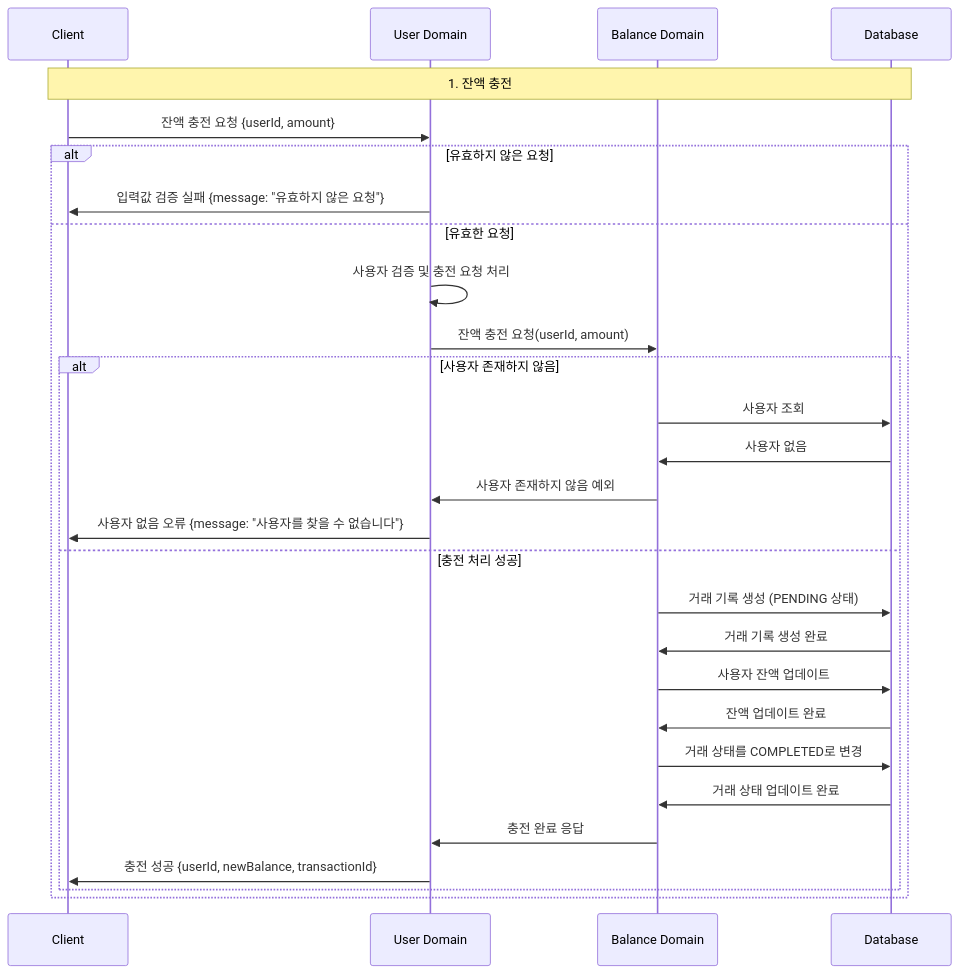
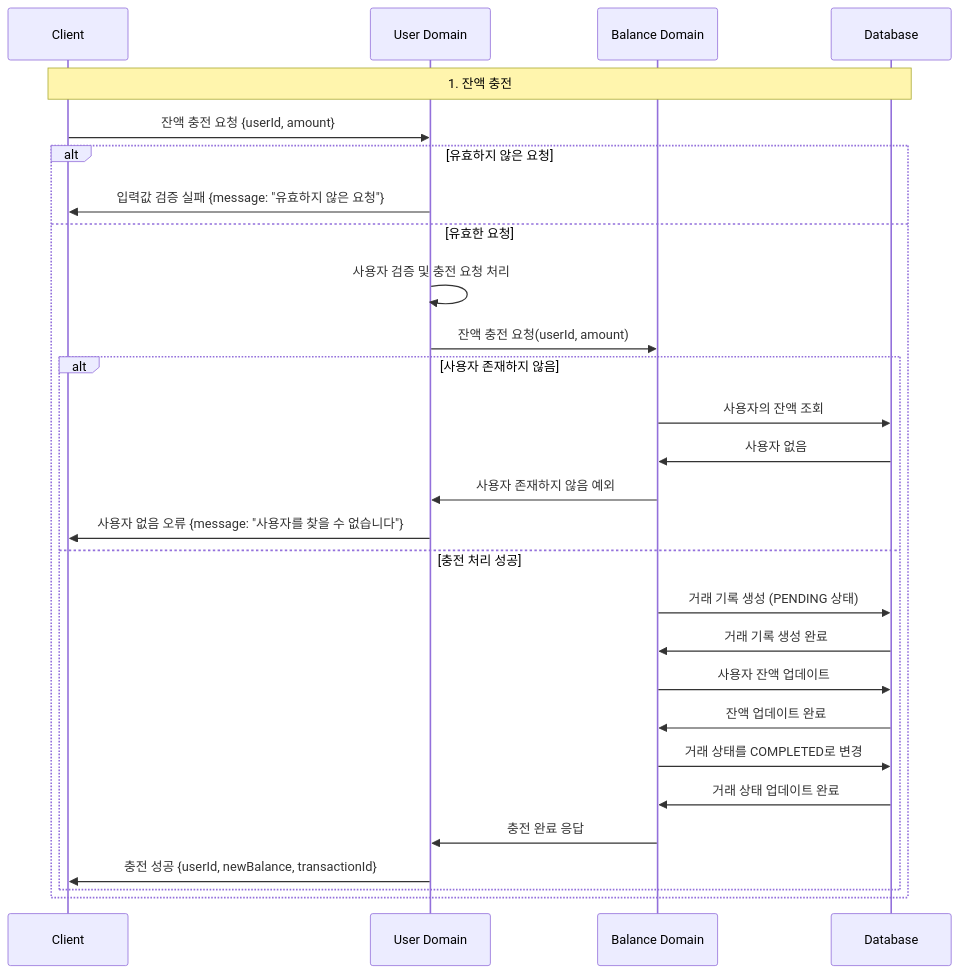
The first of 7 diagrams in docs/sequence_diagram.md (yuni02/hhplus-ecommerce), drawn with Mermaid before and after one commit. The commit also changed other lines of this file and 2 other files, not shown here.

````diff
--- a/docs/sequence_diagram.md
+++ b/docs/sequence_diagram.md
@@ -1,33 +3,34 @@
 ```mermaid
 sequenceDiagram
     participant C as Client
     participant User as User Domain
     participant Balance as Balance Domain
     participant DB as Database
 
         Note over C,DB: 1. 잔액 충전
         C->>User: 잔액 충전 요청 {userId, amount}
 
         alt 유효하지 않은 요청
             User->>C: 입력값 검증 실패 {message: "유효하지 않은 요청"}
         else 유효한 요청
             User->>User: 사용자 검증 및 충전 요청 처리
             User->>Balance: 잔액 충전 요청(userId, amount)
 
             alt 사용자 존재하지 않음
-                Balance->>DB: 사용자 조회
+                Balance->>DB: 사용자의 잔액 조회
                 DB->>Balance: 사용자 없음
                 Balance->>User: 사용자 존재하지 않음 예외
                 User->>C: 사용자 없음 오류 {message: "사용자를 찾을 수 없습니다"}
             else 충전 처리 성공
                 Balance->>DB: 거래 기록 생성 (PENDING 상태)
                 DB->>Balance: 거래 기록 생성 완료
                 Balance->>DB: 사용자 잔액 업데이트
                 DB->>Balance: 잔액 업데이트 완료
                 Balance->>DB: 거래 상태를 COMPLETED로 변경
                 DB->>Balance: 거래 상태 업데이트 완료
                 Balance->>User: 충전 완료 응답
                 User->>C: 충전 성공 {userId, newBalance, transactionId}
             end
         end
+
 ```
````
